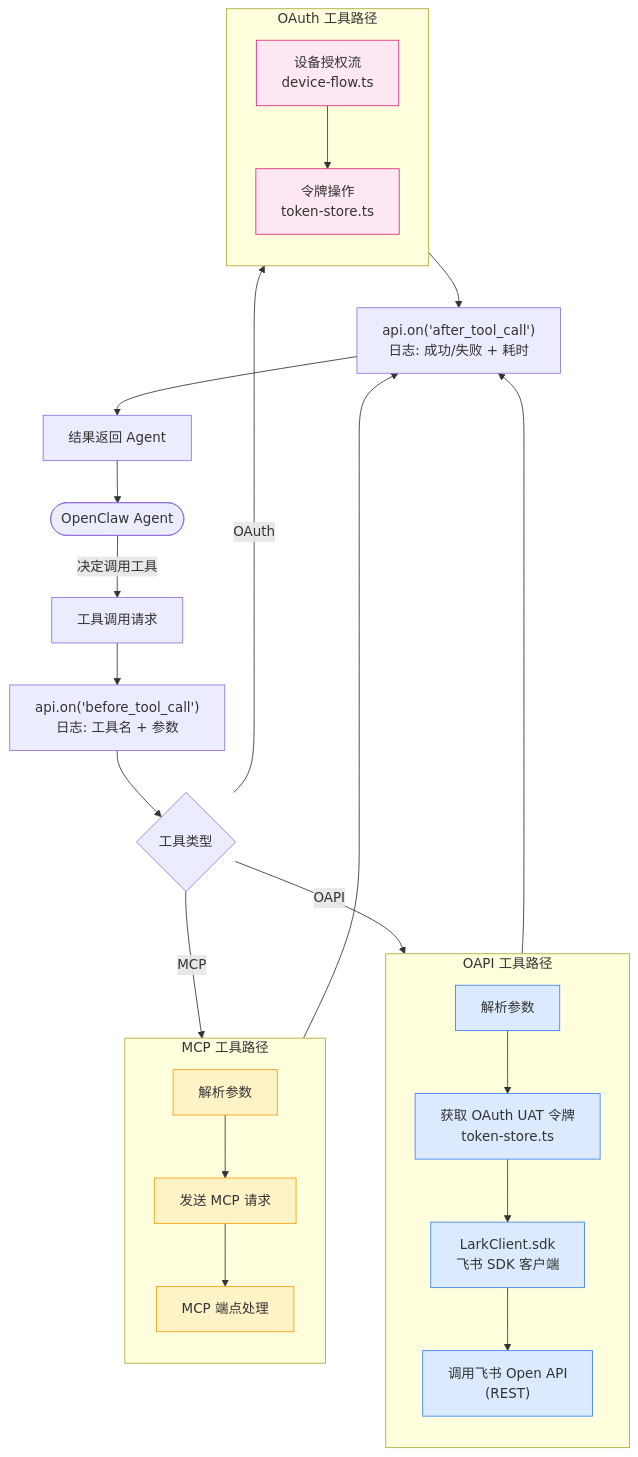
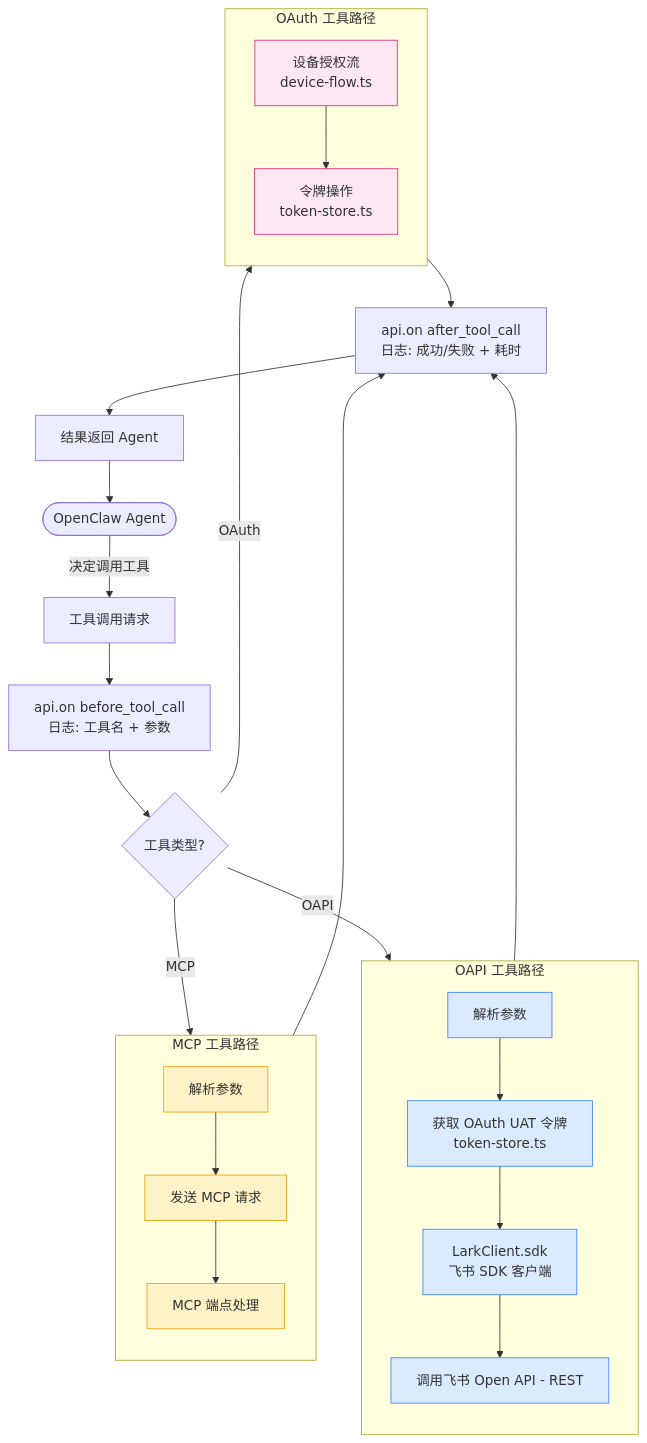
The eighth of 10 diagrams in docs/arch.md (seansun32/openclaw-lark), drawn with Mermaid before and after one commit. The commit also changed other lines of this file, not shown here.

First line of the commit message:
fix: remove parentheses from Mermaid node labels to fix GitHub rendering

````diff
--- a/docs/arch.md
+++ b/docs/arch.md
@@ -583,56 +573,56 @@
 ```mermaid
 flowchart TD
-    Agent([OpenClaw Agent]) -->|决定调用工具| ToolCall["工具调用请求"]
+    Agent(["OpenClaw Agent"]) -->|决定调用工具| ToolCall["工具调用请求"]
 
-    ToolCall --> BeforeHook["api.on('before_tool_call')<br/>日志: 工具名 + 参数"]
+    ToolCall --> BeforeHook["api.on before_tool_call<br/>日志: 工具名 + 参数"]
 
-    BeforeHook --> ToolType{工具类型}
+    BeforeHook --> ToolType{"工具类型?"}
 
     ToolType -->|OAPI| OAPIPath
     ToolType -->|MCP| MCPPath
     ToolType -->|OAuth| OAuthPath
 
     subgraph OAPIPath["OAPI 工具路径"]
         direction TB
         OAPIResolve["解析参数"]
         OAPIAuth["获取 OAuth UAT 令牌<br/>token-store.ts"]
         OAPIClient["LarkClient.sdk<br/>飞书 SDK 客户端"]
-        OAPICall["调用飞书 Open API<br/>(REST)"]
+        OAPICall["调用飞书 Open API - REST"]
 
         OAPIResolve --> OAPIAuth --> OAPIClient --> OAPICall
     end
 
     subgraph MCPPath["MCP 工具路径"]
         direction TB
         MCPResolve["解析参数"]
         MCPRequest["发送 MCP 请求"]
-        MCPEndpoint["MCP 端点处理"]
+        MCPEp["MCP 端点处理"]
 
-        MCPResolve --> MCPRequest --> MCPEndpoint
+        MCPResolve --> MCPRequest --> MCPEp
     end
 
     subgraph OAuthPath["OAuth 工具路径"]
         direction TB
         DeviceFlow["设备授权流<br/>device-flow.ts"]
         TokenOp["令牌操作<br/>token-store.ts"]
 
         DeviceFlow --> TokenOp
     end
 
     OAPICall --> AfterHook
-    MCPEndpoint --> AfterHook
+    MCPEp --> AfterHook
     TokenOp --> AfterHook
 
-    AfterHook["api.on('after_tool_call')<br/>日志: 成功/失败 + 耗时"]
+    AfterHook["api.on after_tool_call<br/>日志: 成功/失败 + 耗时"]
 
     AfterHook --> Result["结果返回 Agent"]
     Result --> Agent
 
     classDef oapi fill:#dbeafe,stroke:#3b82f6
     classDef mcp fill:#fef3c7,stroke:#f59e0b
     classDef oauth fill:#fce7f3,stroke:#db2777
 
     class OAPIResolve,OAPIAuth,OAPIClient,OAPICall oapi
-    class MCPResolve,MCPRequest,MCPEndpoint mcp
+    class MCPResolve,MCPRequest,MCPEp mcp
     class DeviceFlow,TokenOp oauth
 ```
````
